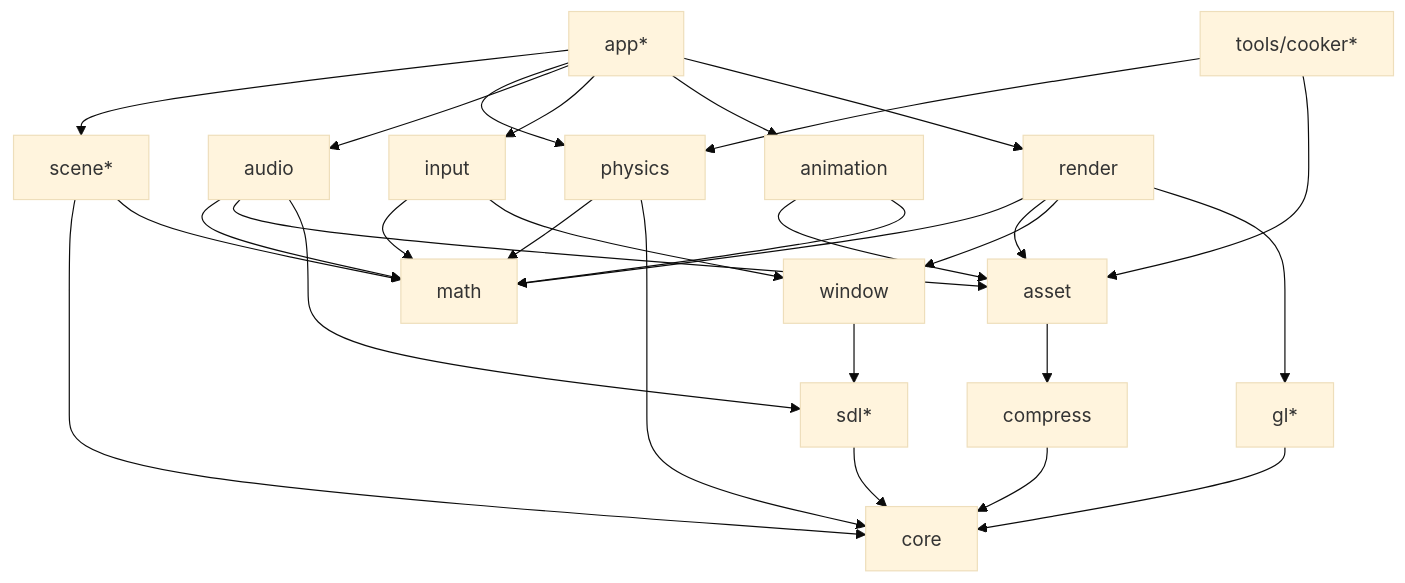
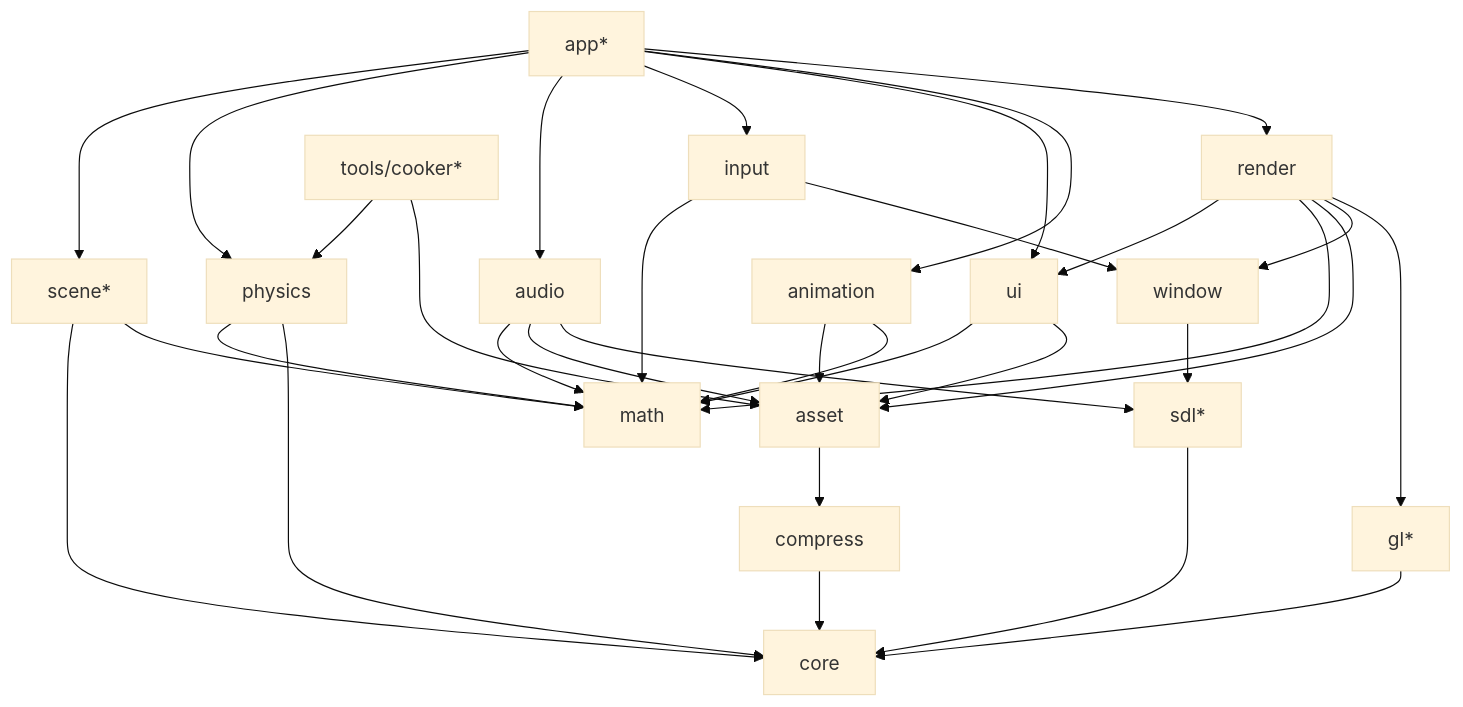
The diagram in docs/DESIGN.md (ilumar589/JEddyFramework), drawn with Mermaid (base theme) before and after one commit. The commit also changed other lines of this file and 76 other files, not shown here.

````diff
--- a/docs/DESIGN.md
+++ b/docs/DESIGN.md
@@ -86,33 +87,37 @@
 ```mermaid
 graph TD
   core[core]
   math[math]
   compress[compress] --> core
   sdl[sdl*] --> core
   gl[gl*] --> core
   window[window] --> sdl
   input[input] --> window
   input --> math
   asset[asset] --> compress
   render[render] --> gl
   render --> window
   render --> asset
   render --> math
+  render --> ui
+  ui[ui] --> asset
+  ui --> math
   audio[audio] --> sdl
   audio --> asset
   audio --> math
   physics[physics] --> core
   physics --> math
   scene[scene*] --> math
   scene --> core
   animation[animation] --> math
   animation --> asset
   app[app*] --> render
   app --> animation
+  app --> ui
   app --> input
   app --> audio
   app --> physics
   app --> scene
   cooker[tools/cooker*] --> asset
   cooker --> physics
 ```
````
